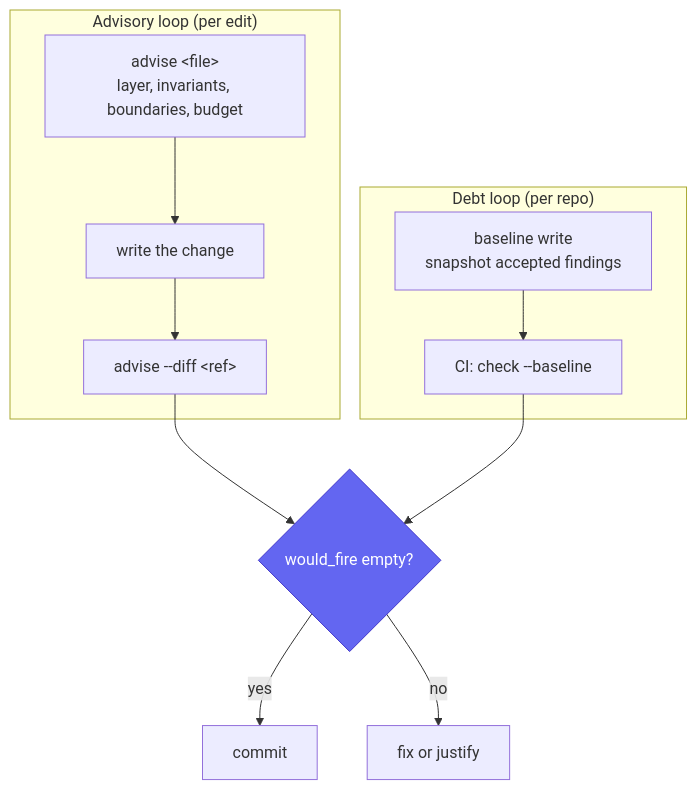
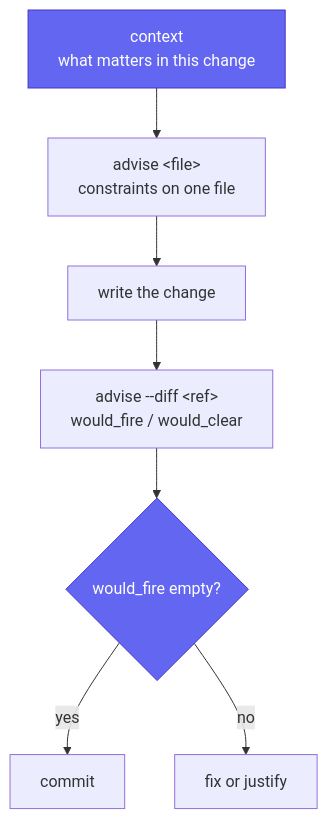
One commit to TAJD/cofferdam changed the diagram in docs/agents.md. Above: the diagram before and after it, drawn with Mermaid. The commit also changed other lines of this file and 42 other files, not shown here.

````diff
--- a/docs/agents.md
+++ b/docs/agents.md
@@ -63,15 +61,12 @@
 ```mermaid
 flowchart TB
-    subgraph Advisory ["Advisory loop (per edit)"]
-        A1["advise &lt;file&gt;<br/>layer, invariants, boundaries, budget"] --> A2["write the change"] --> A3["advise --diff &lt;ref&gt;"]
-    end
-    subgraph Debt ["Debt loop (per repo)"]
-        B1["baseline write<br/>snapshot accepted findings"] --> B2["CI: check --baseline"]
-    end
-    A3 --> J{"would_fire empty?"}
-    B2 --> J
+    CTX["context<br/>what matters in this change"] --> ADV["advise &lt;file&gt;<br/>constraints on one file"]
+    ADV --> W["write the change"]
+    W --> D["advise --diff &lt;ref&gt;<br/>would_fire / would_clear"]
+    D --> J{"would_fire empty?"}
     J -->|yes| C1["commit"]
     J -->|no| C2["fix or justify"]
 
+    style CTX fill:#6366f1,color:#fff,stroke:#4338ca
     style J fill:#6366f1,color:#fff,stroke:#4338ca
 ```
````
